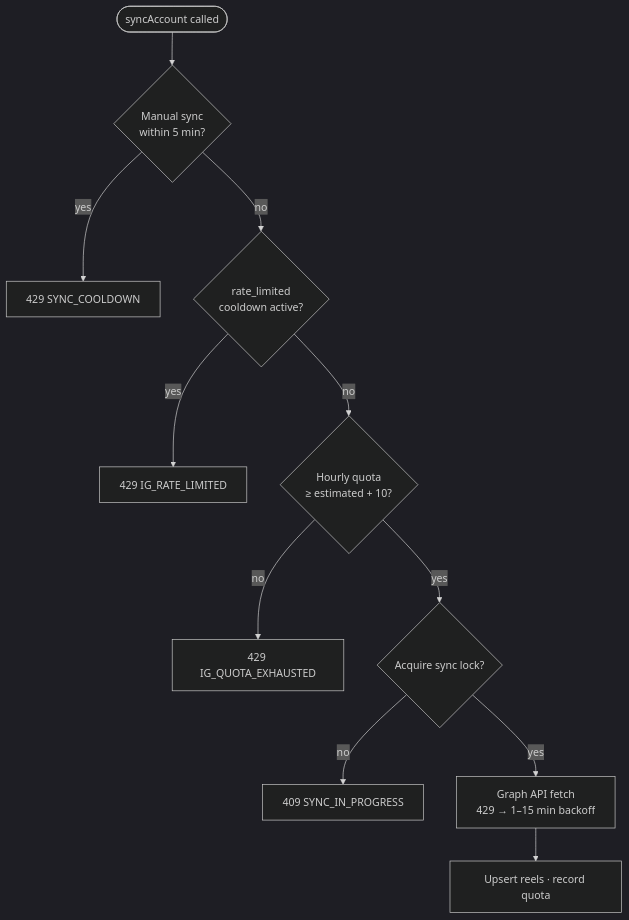
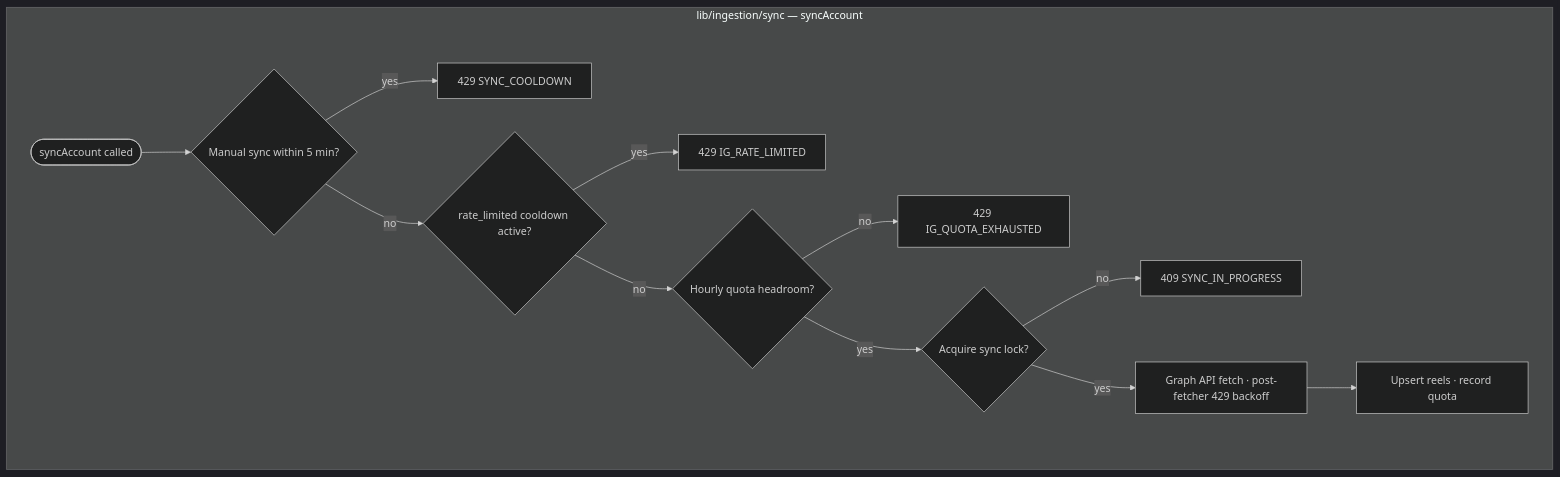
The third of 4 diagrams in docs/architecture-decision-record.md (Jainam2848/ReelMetrics), drawn with Mermaid (dark theme) before and after one commit. The commit also changed other lines of this file and 7 other files, not shown here.

First line of the commit message:
docs: align Mermaid diagrams across docs, spec, and playbook

````diff
--- a/docs/architecture-decision-record.md
+++ b/docs/architecture-decision-record.md
@@ -169,13 +179,15 @@
 ```mermaid
-flowchart TD
-    START([syncAccount called]) --> COOL{Manual sync<br/>within 5 min?}
-    COOL -->|yes| ERR1[429 SYNC_COOLDOWN]
-    COOL -->|no| RL{rate_limited<br/>cooldown active?}
-    RL -->|yes| ERR2[429 IG_RATE_LIMITED]
-    RL -->|no| Q{Hourly quota<br/>≥ estimated + 10?}
-    Q -->|no| ERR3[429 IG_QUOTA_EXHAUSTED]
-    Q -->|yes| LOCK{Acquire sync lock?}
-    LOCK -->|no| ERR4[409 SYNC_IN_PROGRESS]
-    LOCK -->|yes| FETCH[Graph API fetch<br/>429 → 1–15 min backoff]
-    FETCH --> OK[Upsert reels · record quota]
+flowchart TB
+    subgraph Sync["lib/ingestion/sync — syncAccount"]
+        START([syncAccount called]) --> COOL{Manual sync within 5 min?}
+        COOL -->|yes| ERR1[429 SYNC_COOLDOWN]
+        COOL -->|no| RL{rate_limited cooldown active?}
+        RL -->|yes| ERR2[429 IG_RATE_LIMITED]
+        RL -->|no| Q{Hourly quota headroom?}
+        Q -->|no| ERR3[429 IG_QUOTA_EXHAUSTED]
+        Q -->|yes| LOCK{Acquire sync lock?}
+        LOCK -->|no| ERR4[409 SYNC_IN_PROGRESS]
+        LOCK -->|yes| FETCH[Graph API fetch · post-fetcher 429 backoff]
+        FETCH --> OK[Upsert reels · record quota]
+    end
 ```
````
